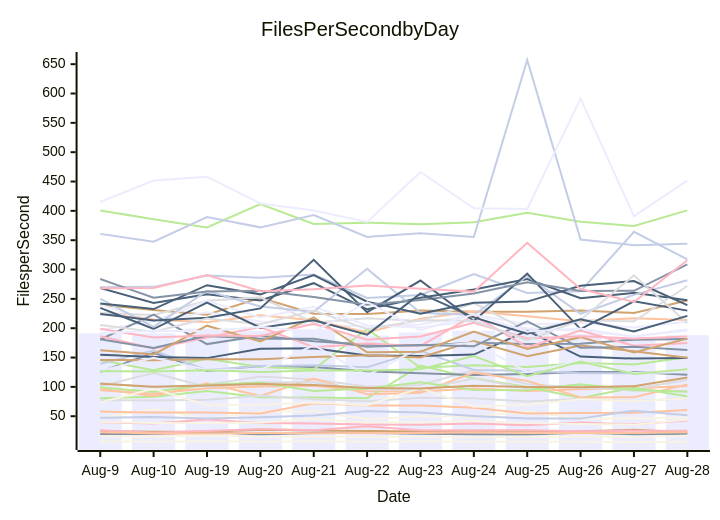
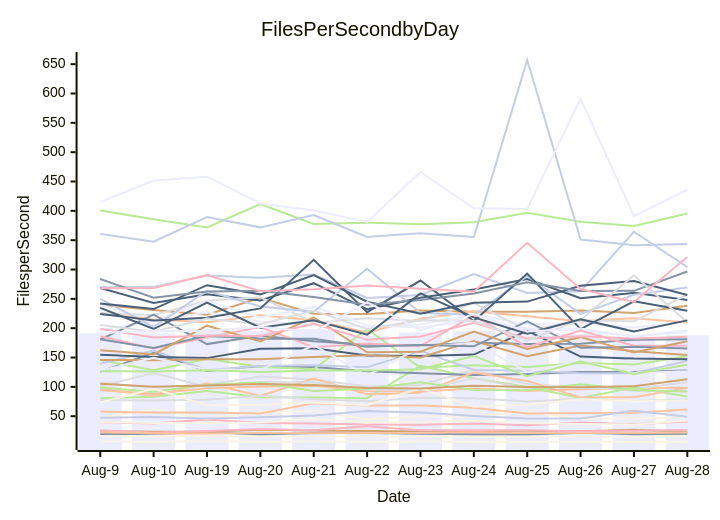
The diagram in perf-report.md (streetsidesoftware/cspell), drawn with Mermaid before and after one commit. The commit also changed other lines of this file and 2 other files, not shown here.

````diff
--- a/perf-report.md
+++ b/perf-report.md
@@ -11,57 +11,57 @@
 ```mermaid
 xychart-beta
     title Files Per Second by Day
     y-axis Files per Second
     x-axis Date [Aug-9, Aug-10, Aug-19, Aug-20, Aug-21, Aug-22, Aug-23, Aug-24, Aug-25, Aug-26, Aug-27, Aug-28]
-    bar [191.27, 191.48, 199.45, 195.67, 198.22, 187.40, 192.61, 195.61, 200.69, 190.24, 185.15, 188.21]
-    line [19.76, 19.87, 23.15, 18.80, 21.30, 21.70, 20.11, 19.24, 18.97, 21.74, 19.44, 20.19]
-    line [94.45, 88.13, 97.66, 100.71, 101.93, 92.80, 92.11, 97.07, 92.83, 96.14, 97.78, 101.44]
-    line [106.66, 99.38, 103.80, 117.71, 112.47, 100.50, 103.30, 128.71, 104.89, 98.28, 96.78, 111.55]
-    line [80.61, 83.15, 92.81, 82.44, 81.86, 80.75, 136.22, 114.72, 99.92, 81.00, 98.60, 84.15]
-    line [239.79, 231.09, 223.10, 252.00, 224.60, 224.17, 230.06, 227.93, 228.22, 229.99, 225.97, 247.24]
-    line [269.81, 270.47, 289.77, 286.14, 291.59, 251.52, 256.69, 292.19, 260.02, 262.94, 364.38, 317.40]
-    line [39.52, 37.52, 44.46, 38.46, 37.42, 35.96, 35.65, 37.61, 34.82, 39.47, 36.12, 42.85]
-    line [268.54, 243.09, 257.77, 247.18, 276.72, 232.23, 252.08, 266.01, 283.94, 251.01, 260.27, 247.53]
-    line [6.78, 6.60, 7.51, 6.38, 6.72, 6.55, 6.77, 6.55, 6.58, 6.64, 6.06, 6.50]
-    line [240.17, 211.99, 227.00, 211.38, 205.51, 203.10, 206.43, 223.33, 206.89, 208.72, 201.20, 210.84]
-    line [125.68, 158.27, 127.25, 135.61, 133.76, 126.70, 123.28, 120.42, 121.90, 125.42, 125.26, 120.50]
-    line [225.24, 214.74, 210.02, 221.88, 213.58, 192.56, 216.27, 228.68, 220.47, 211.98, 216.89, 214.13]
-    line [225.91, 222.58, 246.74, 252.74, 209.47, 217.12, 212.13, 242.98, 195.81, 213.43, 211.78, 271.90]
-    line [145.75, 128.32, 148.05, 133.76, 130.09, 198.58, 132.66, 136.89, 133.84, 140.74, 138.14, 150.66]
-    line [24.65, 23.72, 23.68, 26.94, 25.51, 24.79, 23.76, 23.53, 22.75, 24.32, 26.78, 22.87]
-    line [139.45, 161.93, 128.87, 135.71, 136.66, 133.36, 161.38, 128.87, 127.62, 123.35, 123.11, 124.87]
-    line [25.95, 22.03, 24.86, 28.29, 26.21, 32.71, 26.20, 26.09, 26.00, 24.43, 25.37, 25.04]
-    line [154.75, 150.93, 149.02, 164.86, 165.64, 153.35, 152.64, 155.02, 195.52, 151.70, 148.17, 149.38]
-    line [15.80, 15.53, 17.25, 15.28, 15.49, 14.84, 15.46, 14.39, 15.01, 15.63, 14.69, 16.59]
-    line [196.97, 211.99, 246.59, 218.10, 236.31, 204.94, 201.38, 212.81, 200.01, 195.34, 186.50, 195.99]
-    line [180.75, 223.35, 172.94, 187.16, 177.68, 172.01, 170.49, 175.09, 173.22, 173.59, 180.48, 181.57]
-    line [96.93, 84.41, 106.12, 84.61, 114.12, 87.31, 89.99, 124.55, 110.24, 81.92, 82.24, 104.30]
-    line [77.16, 76.75, 77.91, 84.91, 78.76, 75.34, 81.46, 80.77, 74.97, 79.78, 75.90, 80.32]
-    line [400.74, 385.62, 371.65, 411.46, 377.61, 379.88, 377.18, 380.64, 396.91, 381.52, 374.08, 400.80]
-    line [145.79, 145.58, 147.10, 147.08, 151.07, 153.94, 150.27, 178.09, 152.08, 170.66, 160.71, 149.71]
-    line [249.96, 202.34, 263.67, 236.99, 228.06, 301.20, 226.40, 222.40, 289.06, 224.56, 256.87, 281.69]
-    line [186.27, 165.43, 184.07, 202.12, 167.51, 173.85, 169.85, 221.75, 167.75, 195.90, 170.00, 174.76]
-    line [224.37, 213.27, 217.89, 233.79, 316.48, 227.32, 281.23, 212.31, 293.11, 198.49, 245.94, 229.98]
-    line [47.00, 61.84, 45.89, 57.63, 58.67, 44.77, 49.92, 49.06, 57.90, 45.60, 46.71, 47.61]
-    line [127.47, 149.55, 129.16, 129.10, 170.99, 119.13, 167.47, 175.06, 125.57, 143.51, 123.67, 125.90]
-    line [181.18, 166.12, 186.93, 181.85, 181.88, 168.34, 171.35, 169.12, 211.70, 166.64, 168.34, 162.83]
-    line [57.90, 56.15, 56.35, 54.76, 71.89, 68.47, 68.09, 64.39, 54.76, 55.64, 55.71, 60.57]
-    line [101.07, 123.80, 99.87, 108.06, 107.98, 95.34, 94.96, 114.12, 97.84, 103.09, 93.25, 92.87]
-    line [98.84, 91.76, 103.43, 107.49, 93.08, 97.11, 107.90, 94.53, 94.47, 104.38, 94.67, 91.82]
-    line [162.48, 155.40, 204.32, 177.59, 218.64, 159.00, 159.79, 194.26, 164.45, 184.75, 158.60, 182.30]
-    line [360.76, 347.31, 389.41, 371.89, 392.82, 355.53, 361.83, 355.43, 657.12, 351.25, 341.51, 343.92]
-    line [198.91, 184.05, 187.41, 186.67, 207.48, 180.49, 185.92, 209.38, 182.67, 186.49, 182.43, 185.90]
-    line [242.10, 232.62, 273.32, 257.69, 290.62, 245.10, 224.83, 243.49, 245.36, 272.30, 280.33, 239.23]
-    line [73.60, 96.61, 68.89, 69.48, 73.38, 68.77, 97.84, 66.15, 69.59, 78.77, 75.57, 80.30]
-    line [415.14, 451.69, 458.22, 412.53, 400.53, 380.98, 466.37, 404.40, 403.18, 591.49, 390.96, 451.41]
-    line [283.77, 252.09, 262.36, 263.68, 253.37, 240.18, 248.22, 259.20, 278.18, 263.50, 263.68, 308.84]
-    line [22.84, 20.59, 20.47, 21.22, 20.90, 21.42, 21.40, 22.88, 21.36, 21.22, 21.19, 22.84]
-    line [205.56, 193.98, 216.67, 206.61, 230.20, 198.53, 213.69, 212.64, 179.07, 214.07, 290.22, 208.91]
-    line [126.64, 126.17, 128.45, 125.27, 127.94, 127.77, 130.20, 152.67, 118.34, 143.02, 122.15, 130.03]
-    line [105.46, 100.11, 102.43, 104.89, 103.21, 98.21, 97.36, 101.78, 100.00, 99.58, 101.28, 115.95]
-    line [47.26, 48.66, 46.00, 48.26, 51.42, 58.83, 56.30, 50.38, 45.97, 45.91, 59.43, 51.54]
-    line [268.09, 268.70, 290.78, 262.94, 266.60, 272.93, 267.45, 262.37, 345.57, 266.69, 244.68, 315.80]
-    line [234.76, 198.61, 243.75, 200.90, 213.71, 188.91, 259.37, 218.53, 190.79, 215.33, 194.36, 221.01]
-    line [39.98, 38.63, 38.64, 39.11, 45.24, 39.50, 39.66, 42.07, 38.23, 36.94, 35.58, 44.20]
-    line [192.03, 195.48, 194.87, 202.54, 193.62, 244.63, 196.70, 223.56, 194.58, 199.46, 185.25, 198.44]
+    bar [191.27, 191.48, 199.45, 195.67, 198.22, 187.40, 192.61, 195.61, 200.69, 190.24, 185.15, 187.95]
+    line [19.76, 19.87, 23.15, 18.80, 21.30, 21.70, 20.11, 19.24, 18.97, 21.74, 19.44, 19.93]
+    line [94.45, 88.13, 97.66, 100.71, 101.93, 92.80, 92.11, 97.07, 92.83, 96.14, 97.78, 98.44]
+    line [106.66, 99.38, 103.80, 117.71, 112.47, 100.50, 103.30, 128.71, 104.89, 98.28, 96.78, 108.02]
+    line [80.61, 83.15, 92.81, 82.44, 81.86, 80.75, 136.22, 114.72, 99.92, 81.00, 98.60, 83.44]
+    line [239.79, 231.09, 223.10, 252.00, 224.60, 224.17, 230.06, 227.93, 228.22, 229.99, 225.97, 238.45]
+    line [269.81, 270.47, 289.77, 286.14, 291.59, 251.52, 256.69, 292.19, 260.02, 262.94, 364.38, 303.97]
+    line [39.52, 37.52, 44.46, 38.46, 37.42, 35.96, 35.65, 37.61, 34.82, 39.47, 36.12, 40.96]
+    line [268.54, 243.09, 257.77, 247.18, 276.72, 232.23, 252.08, 266.01, 283.94, 251.01, 260.27, 247.92]
+    line [6.78, 6.60, 7.51, 6.38, 6.72, 6.55, 6.77, 6.55, 6.58, 6.64, 6.06, 6.54]
+    line [240.17, 211.99, 227.00, 211.38, 205.51, 203.10, 206.43, 223.33, 206.89, 208.72, 201.20, 212.05]
+    line [125.68, 158.27, 127.25, 135.61, 133.76, 126.70, 123.28, 120.42, 121.90, 125.42, 125.26, 128.12]
+    line [225.24, 214.74, 210.02, 221.88, 213.58, 192.56, 216.27, 228.68, 220.47, 211.98, 216.89, 209.85]
+    line [225.91, 222.58, 246.74, 252.74, 209.47, 217.12, 212.13, 242.98, 195.81, 213.43, 211.78, 257.27]
+    line [145.75, 128.32, 148.05, 133.76, 130.09, 198.58, 132.66, 136.89, 133.84, 140.74, 138.14, 152.30]
+    line [24.65, 23.72, 23.68, 26.94, 25.51, 24.79, 23.76, 23.53, 22.75, 24.32, 26.78, 23.22]
+    line [139.45, 161.93, 128.87, 135.71, 136.66, 133.36, 161.38, 128.87, 127.62, 123.35, 123.11, 144.37]
+    line [25.95, 22.03, 24.86, 28.29, 26.21, 32.71, 26.20, 26.09, 26.00, 24.43, 25.37, 26.34]
+    line [154.75, 150.93, 149.02, 164.86, 165.64, 153.35, 152.64, 155.02, 195.52, 151.70, 148.17, 147.26]
+    line [15.80, 15.53, 17.25, 15.28, 15.49, 14.84, 15.46, 14.39, 15.01, 15.63, 14.69, 16.28]
+    line [196.97, 211.99, 246.59, 218.10, 236.31, 204.94, 201.38, 212.81, 200.01, 195.34, 186.50, 193.40]
+    line [180.75, 223.35, 172.94, 187.16, 177.68, 172.01, 170.49, 175.09, 173.22, 173.59, 180.48, 181.01]
+    line [96.93, 84.41, 106.12, 84.61, 114.12, 87.31, 89.99, 124.55, 110.24, 81.92, 82.24, 97.95]
+    line [77.16, 76.75, 77.91, 84.91, 78.76, 75.34, 81.46, 80.77, 74.97, 79.78, 75.90, 78.48]
+    line [400.74, 385.62, 371.65, 411.46, 377.61, 379.88, 377.18, 380.64, 396.91, 381.52, 374.08, 395.35]
+    line [145.79, 145.58, 147.10, 147.08, 151.07, 153.94, 150.27, 178.09, 152.08, 170.66, 160.71, 154.44]
+    line [249.96, 202.34, 263.67, 236.99, 228.06, 301.20, 226.40, 222.40, 289.06, 224.56, 256.87, 269.24]
+    line [186.27, 165.43, 184.07, 202.12, 167.51, 173.85, 169.85, 221.75, 167.75, 195.90, 170.00, 170.29]
+    line [224.37, 213.27, 217.89, 233.79, 316.48, 227.32, 281.23, 212.31, 293.11, 198.49, 245.94, 229.82]
+    line [47.00, 61.84, 45.89, 57.63, 58.67, 44.77, 49.92, 49.06, 57.90, 45.60, 46.71, 47.76]
+    line [127.47, 149.55, 129.16, 129.10, 170.99, 119.13, 167.47, 175.06, 125.57, 143.51, 123.67, 126.68]
+    line [181.18, 166.12, 186.93, 181.85, 181.88, 168.34, 171.35, 169.12, 211.70, 166.64, 168.34, 165.62]
+    line [57.90, 56.15, 56.35, 54.76, 71.89, 68.47, 68.09, 64.39, 54.76, 55.64, 55.71, 61.40]
+    line [101.07, 123.80, 99.87, 108.06, 107.98, 95.34, 94.96, 114.12, 97.84, 103.09, 93.25, 91.92]
+    line [98.84, 91.76, 103.43, 107.49, 93.08, 97.11, 107.90, 94.53, 94.47, 104.38, 94.67, 91.97]
+    line [162.48, 155.40, 204.32, 177.59, 218.64, 159.00, 159.79, 194.26, 164.45, 184.75, 158.60, 177.88]
+    line [360.76, 347.31, 389.41, 371.89, 392.82, 355.53, 361.83, 355.43, 657.12, 351.25, 341.51, 343.40]
+    line [198.91, 184.05, 187.41, 186.67, 207.48, 180.49, 185.92, 209.38, 182.67, 186.49, 182.43, 185.52]
+    line [242.10, 232.62, 273.32, 257.69, 290.62, 245.10, 224.83, 243.49, 245.36, 272.30, 280.33, 256.63]
+    line [73.60, 96.61, 68.89, 69.48, 73.38, 68.77, 97.84, 66.15, 69.59, 78.77, 75.57, 76.82]
+    line [415.14, 451.69, 458.22, 412.53, 400.53, 380.98, 466.37, 404.40, 403.18, 591.49, 390.96, 435.96]
+    line [283.77, 252.09, 262.36, 263.68, 253.37, 240.18, 248.22, 259.20, 278.18, 263.50, 263.68, 296.62]
+    line [22.84, 20.59, 20.47, 21.22, 20.90, 21.42, 21.40, 22.88, 21.36, 21.22, 21.19, 22.30]
+    line [205.56, 193.98, 216.67, 206.61, 230.20, 198.53, 213.69, 212.64, 179.07, 214.07, 290.22, 210.06]
+    line [126.64, 126.17, 128.45, 125.27, 127.94, 127.77, 130.20, 152.67, 118.34, 143.02, 122.15, 137.55]
+    line [105.46, 100.11, 102.43, 104.89, 103.21, 98.21, 97.36, 101.78, 100.00, 99.58, 101.28, 112.88]
+    line [47.26, 48.66, 46.00, 48.26, 51.42, 58.83, 56.30, 50.38, 45.97, 45.91, 59.43, 49.19]
+    line [268.09, 268.70, 290.78, 262.94, 266.60, 272.93, 267.45, 262.37, 345.57, 266.69, 244.68, 321.35]
+    line [234.76, 198.61, 243.75, 200.90, 213.71, 188.91, 259.37, 218.53, 190.79, 215.33, 194.36, 213.35]
+    line [39.98, 38.63, 38.64, 39.11, 45.24, 39.50, 39.66, 42.07, 38.23, 36.94, 35.58, 42.58]
+    line [192.03, 195.48, 194.87, 202.54, 193.62, 244.63, 196.70, 223.56, 194.58, 199.46, 185.25, 196.35]
 ```
````
